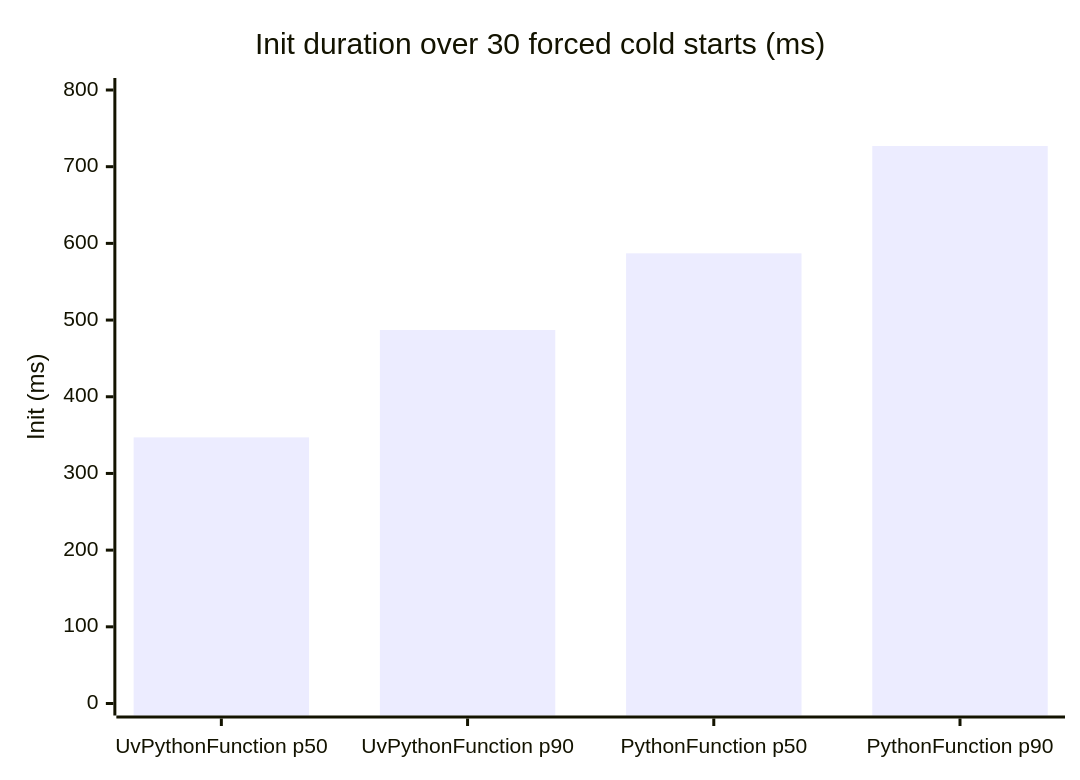
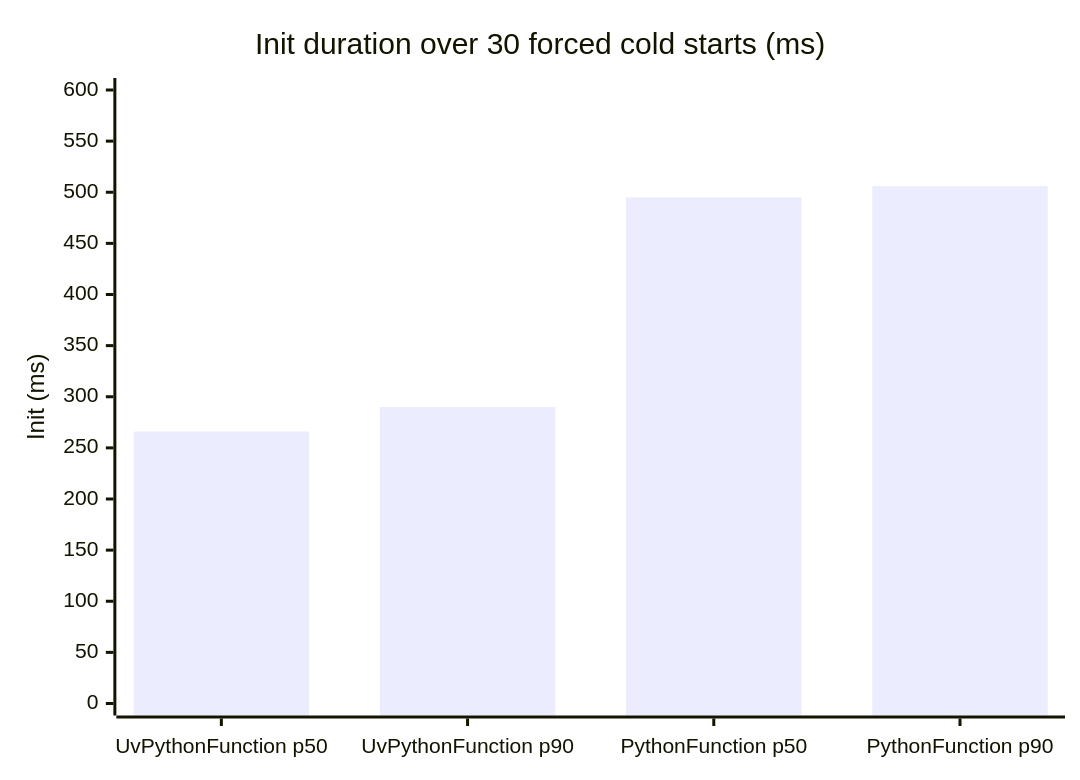
One commit to garysassano/aws-examples changed the first of 3 diagrams in cdk/lambda-python-uv-enhanced/README.md. Above: the diagram before and after it, drawn with Mermaid. The commit also changed other lines of this file and 6 other files, not shown here.

````diff
--- a/cdk/lambda-python-uv-enhanced/README.md
+++ b/cdk/lambda-python-uv-enhanced/README.md
@@ -23,7 +23,7 @@
 ```mermaid
 xychart-beta
   title "Init duration over 30 forced cold starts (ms)"
   x-axis ["UvPythonFunction p50", "UvPythonFunction p90", "PythonFunction p50", "PythonFunction p90"]
-  y-axis "Init (ms)" 0 --> 800
-  bar [347, 487, 587, 727]
+  y-axis "Init (ms)" 0 --> 600
+  bar [266, 290, 495, 506]
 ```
````
